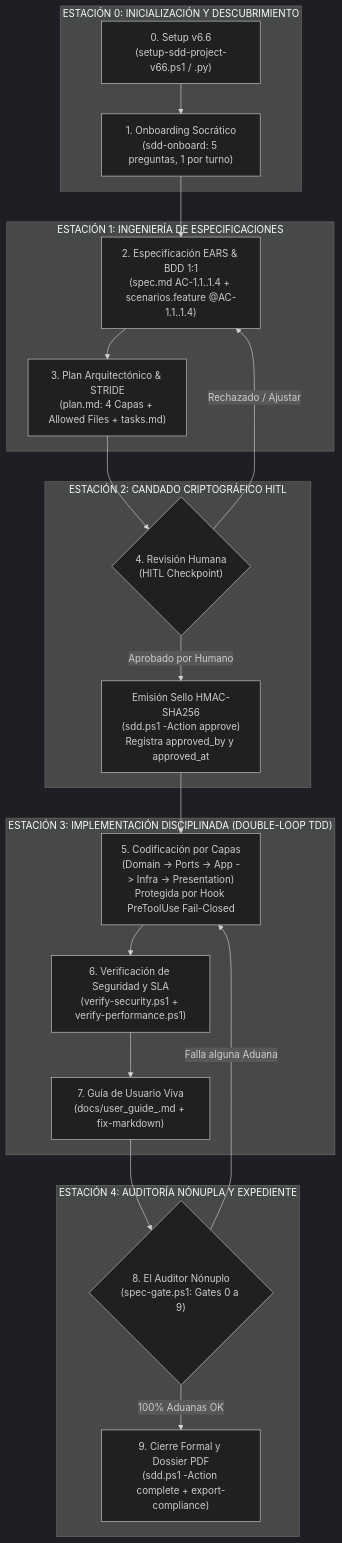
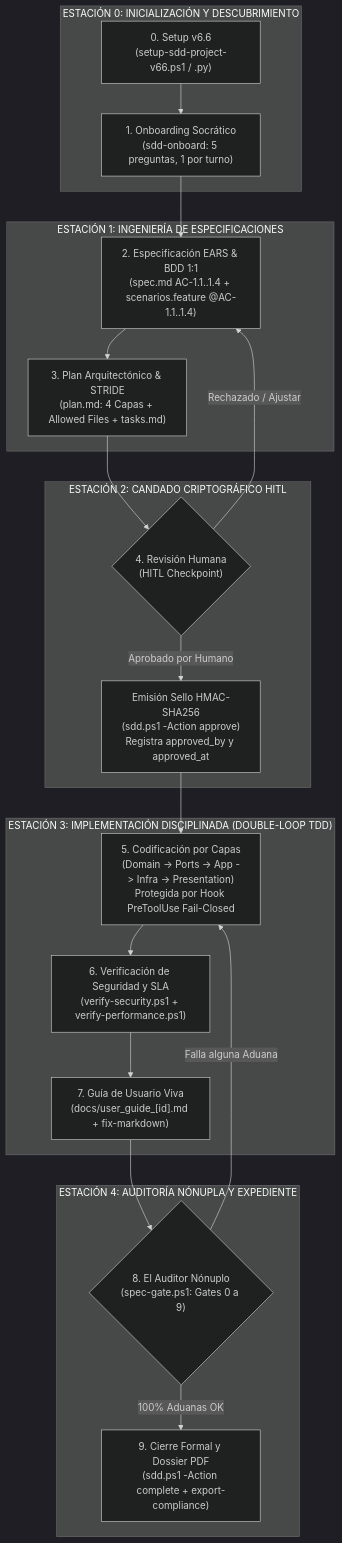
The sixth of 12 diagrams in DOCUMENTO_MAESTRO_PROYECTO_SDD_V66.md (svelascotellez/imss-diagram-studio), drawn with Mermaid (dark theme) before and after one commit. The commit also changed other lines of this file and 2 other files, not shown here.

Commit message:
fix(docs): resolve Mermaid 10.9.0 HTML tag parsing errors (<id>, <email>) across all 12 diagrams in MD, HTML, and PDF

````diff
--- a/DOCUMENTO_MAESTRO_PROYECTO_SDD_V66.md
+++ b/DOCUMENTO_MAESTRO_PROYECTO_SDD_V66.md
@@ -544,35 +544,35 @@
 ```mermaid
 flowchart TD
     subgraph E0["ESTACIÓN 0: INICIALIZACIÓN Y DESCUBRIMIENTO"]
         S0["0. Setup v6.6\n(setup-sdd-project-v66.ps1 / .py)"]
         S1["1. Onboarding Socrático\n(sdd-onboard: 5 preguntas, 1 por turno)"]
     end
 
     subgraph E1["ESTACIÓN 1: INGENIERÍA DE ESPECIFICACIONES"]
         S2["2. Especificación EARS & BDD 1:1\n(spec.md AC-1.1..1.4 + scenarios.feature @AC-1.1..1.4)"]
         S3["3. Plan Arquitectónico & STRIDE\n(plan.md: 4 Capas + Allowed Files + tasks.md)"]
     end
 
     subgraph E2["ESTACIÓN 2: CANDADO CRIPTOGRÁFICO HITL"]
         S4{"4. Revisión Humana\n(HITL Checkpoint)"}
         S4_SEAL["Emisión Sello HMAC-SHA256\n(sdd.ps1 -Action approve)\nRegistra approved_by y approved_at"]
     end
 
     subgraph E3["ESTACIÓN 3: IMPLEMENTACIÓN DISCIPLINADA (DOUBLE-LOOP TDD)"]
         S5["5. Codificación por Capas\n(Domain -> Ports -> App -> Infra -> Presentation)\nProtegida por Hook PreToolUse Fail-Closed"]
         S6["6. Verificación de Seguridad y SLA\n(verify-security.ps1 + verify-performance.ps1)"]
-        S7["7. Guía de Usuario Viva\n(docs/user_guide_<id>.md + fix-markdown)"]
+        S7["7. Guía de Usuario Viva\n(docs/user_guide_[id].md + fix-markdown)"]
     end
 
     subgraph E4["ESTACIÓN 4: AUDITORÍA NÓNUPLA Y EXPEDIENTE"]
         S8{"8. El Auditor Nónuplo\n(spec-gate.ps1: Gates 0 a 9)"}
         S9["9. Cierre Formal y Dossier PDF\n(sdd.ps1 -Action complete + export-compliance)"]
     end
 
     S0 --> S1 --> S2 --> S3 --> S4
     S4 -->|"Rechazado / Ajustar"| S2
     S4 -->|"Aprobado por Humano"| S4_SEAL
     S4_SEAL --> S5 --> S6 --> S7 --> S8
     S8 -->|"Falla alguna Aduana"| S5
     S8 -->|"100% Aduanas OK"| S9
 ```
````
